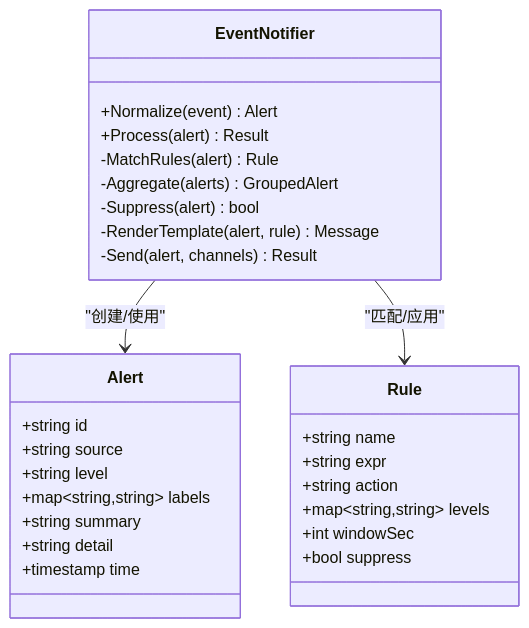
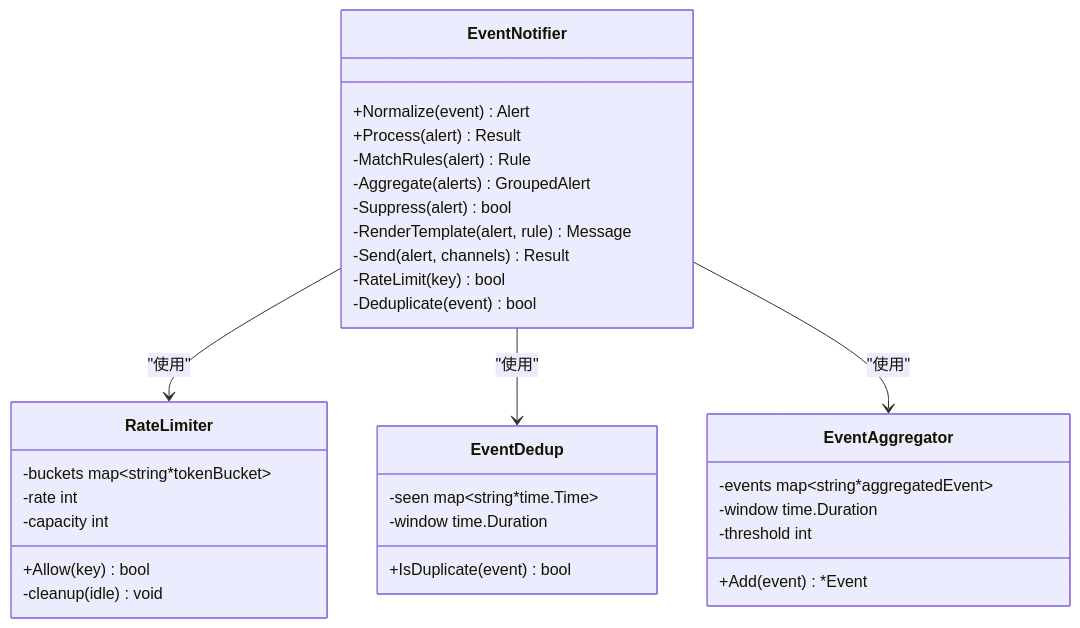
Before and after one commit to kudig-io/klaw: the fourth of 7 diagrams in .qoder/repowiki/zh/content/核心功能/告警管理通知.md, drawn with Mermaid. The commit also changed other lines of this file and 48 other files, not shown here.

````diff
--- a/.qoder/repowiki/zh/content/核心功能/告警管理通知.md
+++ b/.qoder/repowiki/zh/content/核心功能/告警管理通知.md
@@ -234,31 +241,35 @@
 ```mermaid
 classDiagram
 class EventNotifier {
 +Normalize(event) Alert
 +Process(alert) Result
 -MatchRules(alert) Rule
 -Aggregate(alerts) GroupedAlert
 -Suppress(alert) bool
 -RenderTemplate(alert, rule) Message
 -Send(alert, channels) Result
+-RateLimit(key) bool
+-Deduplicate(event) bool
 }
-class Alert {
-+string id
-+string source
-+string level
-+map~string,string~ labels
-+string summary
-+string detail
-+timestamp time
+class RateLimiter {
++Allow(key) bool
+-cleanup(idle) void
+-buckets map~string*tokenBucket~
+-rate int
+-capacity int
 }
-class Rule {
-+string name
-+string expr
-+string action
-+map~string,string~ levels
-+int windowSec
-+bool suppress
+class EventDedup {
++IsDuplicate(event) bool
+-seen map~string*time.Time~
+-window time.Duration
 }
-EventNotifier --> Alert : "创建/使用"
-EventNotifier --> Rule : "匹配/应用"
+class EventAggregator {
++Add(event) *Event
+-events map~string*aggregatedEvent~
+-window time.Duration
+-threshold int
+}
+EventNotifier --> RateLimiter : "使用"
+EventNotifier --> EventDedup : "使用"
+EventNotifier --> EventAggregator : "使用"
 ```
````
